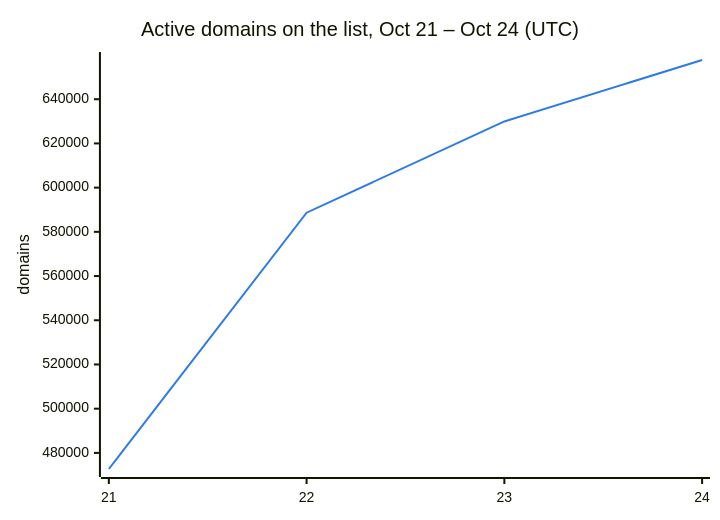
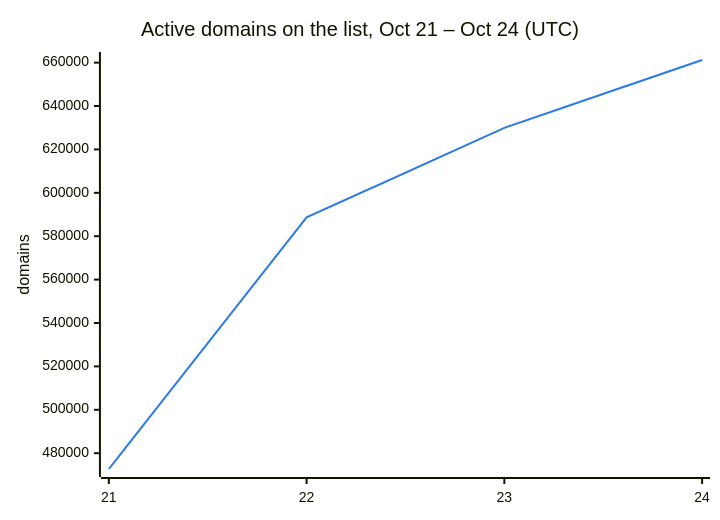
Before and after one commit to DNSBunker/CTI: the second of 3 diagrams in README.md, drawn with Mermaid. The commit also changed other lines of this file and 3 other files, not shown here.

````diff
--- a/README.md
+++ b/README.md
@@ -38,8 +38,8 @@
 ```mermaid
 %%{init: {"themeVariables": {"xyChart": {"plotColorPalette": "#2c7be5"}}}}%%
 xychart-beta
     title "Active domains on the list, Oct 21 – Oct 24 (UTC)"
     x-axis ["21", "22", "23", "24"]
     y-axis "domains"
-    line [472713, 588659, 629951, 657740]
+    line [472713, 588659, 629951, 661212]
 ```
````
